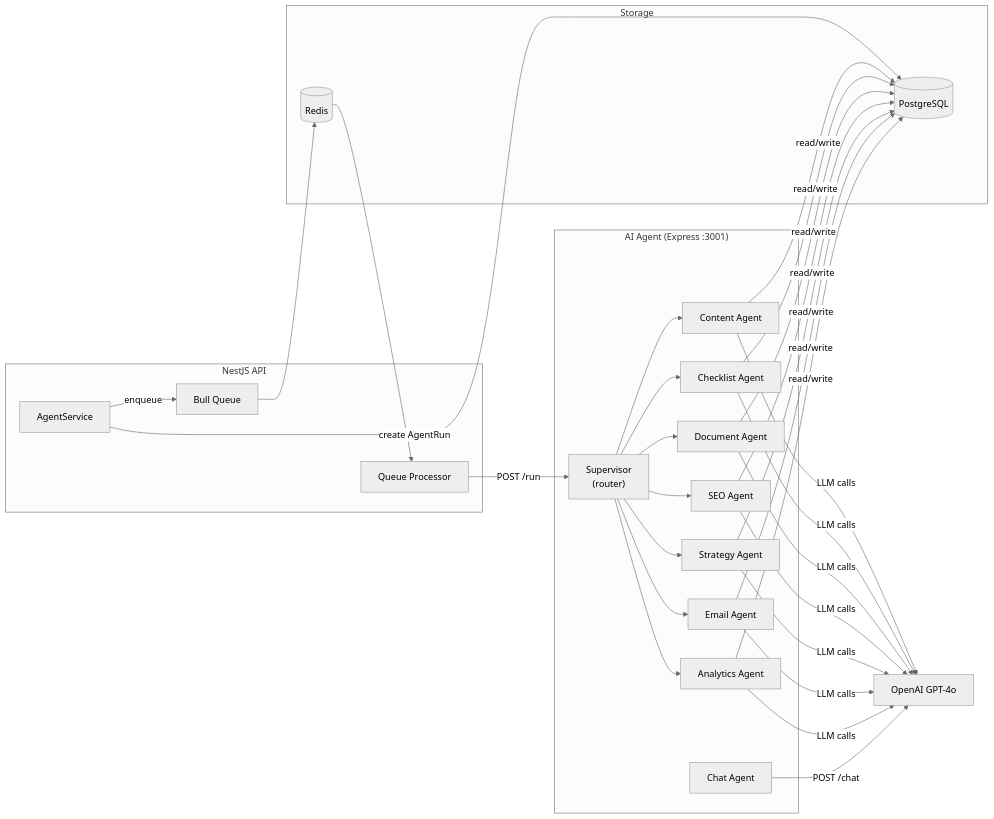
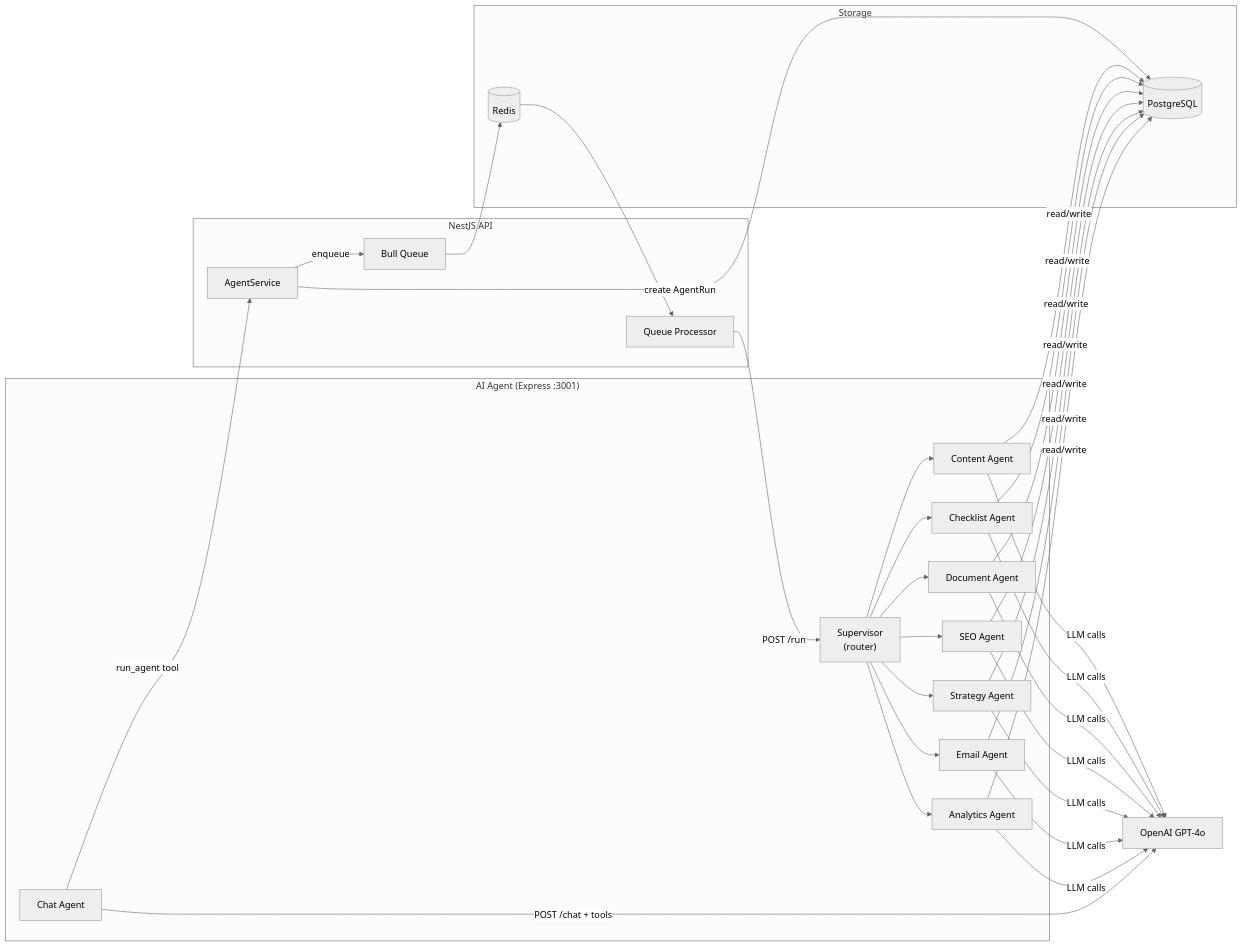
Before and after one commit to micode-ai/marketing-ai-assistant: the first of 4 diagrams in docs/eng/05-ai-agents.md, drawn with Mermaid (neutral theme). The commit also changed other lines of this file and 6 other files, not shown here.

````diff
--- a/docs/eng/05-ai-agents.md
+++ b/docs/eng/05-ai-agents.md
@@ -9,37 +9,38 @@
 ```mermaid
 graph LR
     subgraph "NestJS API"
         AS["AgentService"]
         BQ["Bull Queue"]
         QP["Queue Processor"]
     end
 
     subgraph "AI Agent (Express :3001)"
         SUP["Supervisor\n(router)"]
         CA["Content Agent"]
         CHA["Checklist Agent"]
         DA["Document Agent"]
         SEO["SEO Agent"]
         STRAT["Strategy Agent"]
         EA["Email Agent"]
         AA["Analytics Agent"]
         CHAT["Chat Agent"]
     end
 
     subgraph "Storage"
         DB[("PostgreSQL")]
         RD[("Redis")]
     end
 
     LLM["OpenAI GPT-4o"]
 
     AS -->|"create AgentRun"| DB
     AS -->|"enqueue"| BQ
     BQ --> RD
     RD --> QP
     QP -->|"POST /run"| SUP
     SUP --> CA & CHA & DA & SEO & STRAT & EA & AA
     CA & CHA & DA & SEO & STRAT & EA & AA -->|"read/write"| DB
     CA & CHA & DA & SEO & STRAT & EA & AA -->|"LLM calls"| LLM
-    CHAT -->|"POST /chat"| LLM
+    CHAT -->|"POST /chat + tools"| LLM
+    CHAT -->|"run_agent tool"| AS
 ```
````
